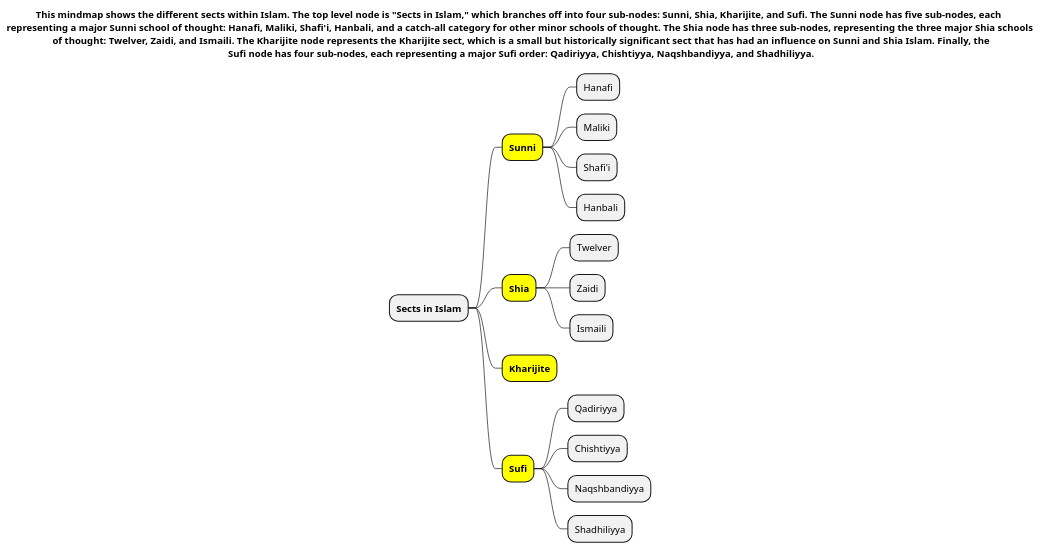
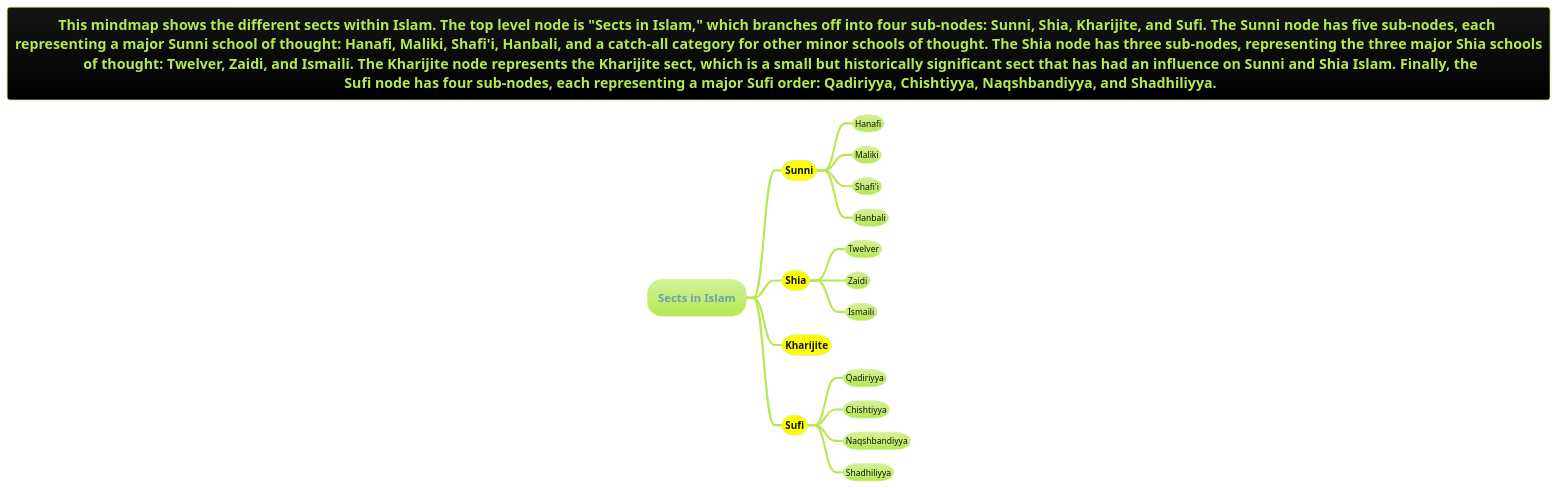
Before and after one commit to MehmoodHashmi/Documentation-as-Code-DaC: the diagram in docs/books/islam/Sects-in-Islam.puml, drawn with PlantUML. The commit also changed 13 other files, not shown here.

```diff
--- a/docs/books/islam/Sects-in-Islam.puml
+++ b/docs/books/islam/Sects-in-Islam.puml
@@ -1,24 +1,21 @@
 @startmindmap
+!theme hacker
 title This mindmap shows the different sects within Islam. The top level node is "Sects in Islam," which branches off into four sub-nodes: Sunni, Shia, Kharijite, and Sufi. The Sunni node has five sub-nodes, each \nrepresenting a major Sunni school of thought: Hanafi, Maliki, Shafi'i, Hanbali, and a catch-all category for other minor schools of thought. The Shia node has three sub-nodes, representing the three major Shia schools\n of thought: Twelver, Zaidi, and Ismaili. The Kharijite node represents the Kharijite sect, which is a small but historically significant sect that has had an influence on Sunni and Shia Islam. Finally, the\n Sufi node has four sub-nodes, each representing a major Sufi order: Qadiriyya, Chishtiyya, Naqshbandiyya, and Shadhiliyya.
-
-
-
-
 
 * **Sects in Islam**
 **[#yellow] **Sunni**
 *** Hanafi
 *** Maliki
 *** Shafi'i
 *** Hanbali
 **[#yellow] **Shia**
 *** Twelver
 *** Zaidi
 *** Ismaili
 **[#yellow] **Kharijite**
 **[#yellow] **Sufi**
 *** Qadiriyya
 *** Chishtiyya
 *** Naqshbandiyya
 *** Shadhiliyya
 @endmindmap
```
